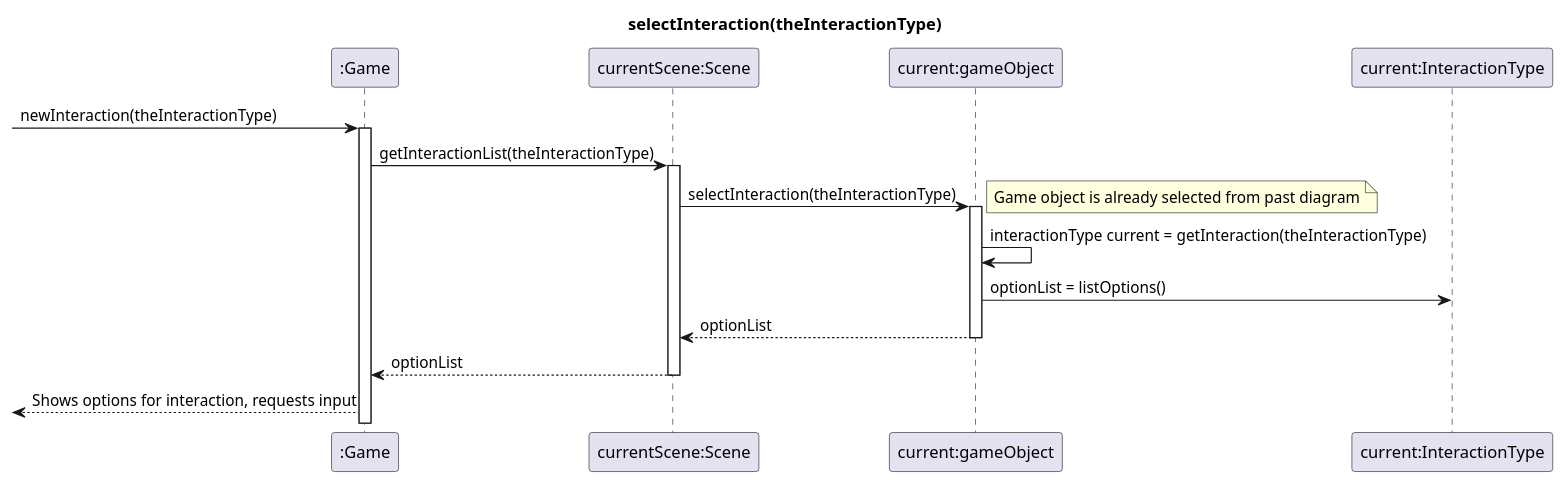
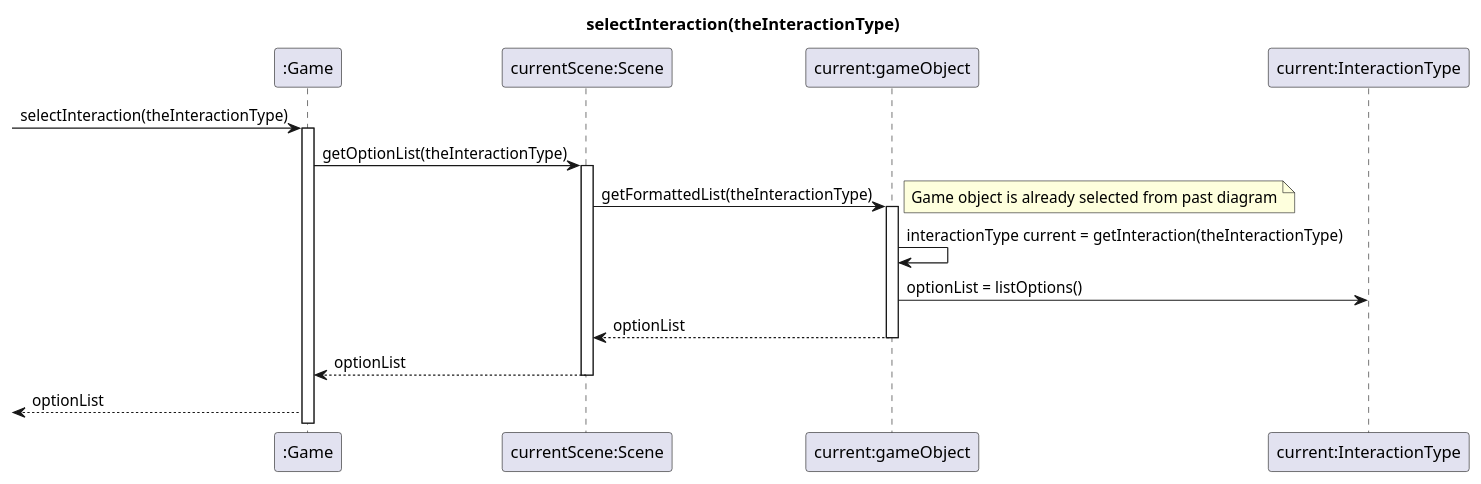
Before and after one commit to NoahHakansson/SE-PA1460: the diagram in selectInteraction.pu, drawn with PlantUML. The commit also changed 2 other files, not shown here.

Commit message:
Updated UML in diagrams

```diff
--- a/selectInteraction.pu
+++ b/selectInteraction.pu
@@ -1,14 +1,14 @@
 @startuml
 
 title selectInteraction(theInteractionType)
-[-> ":Game" ++: newInteraction(theInteractionType)
-":Game" -> "currentScene:Scene" ++ : getInteractionList(theInteractionType)
-"currentScene:Scene" -> "current:gameObject" ++ : selectInteraction(theInteractionType)
+[-> ":Game" ++: selectInteraction(theInteractionType)
+":Game" -> "currentScene:Scene" ++ : getOptionList(theInteractionType)
+"currentScene:Scene" -> "current:gameObject" ++ : getFormattedList(theInteractionType)
 note right: Game object is already selected from past diagram
 "current:gameObject" -> "current:gameObject": interactionType current = getInteraction(theInteractionType)
 "current:gameObject" -> "current:InteractionType": optionList = listOptions()
 return optionList
 return optionList
-":Game" -->[: Shows options for interaction, requests input
+":Game" -->[: optionList
  
 @enduml
```
